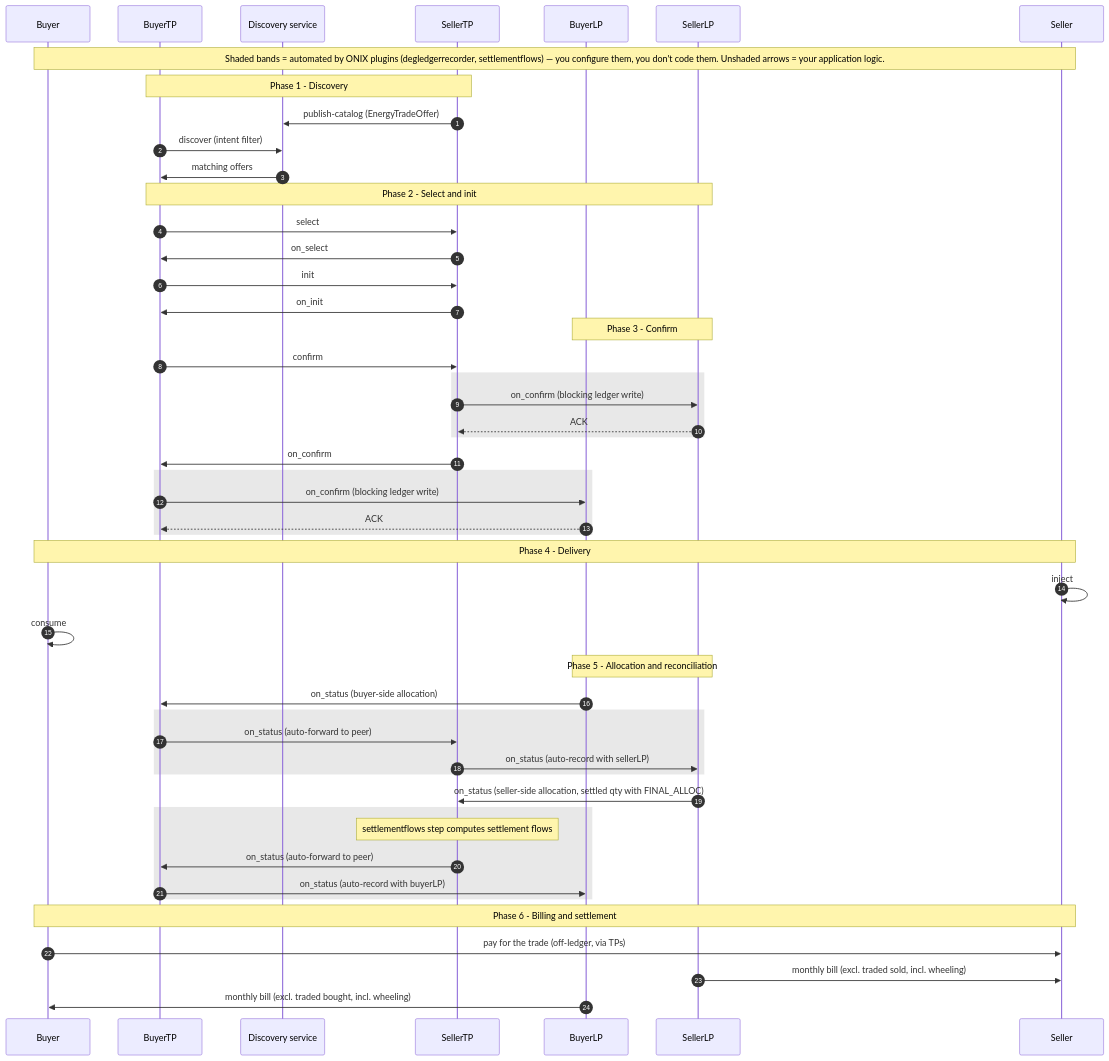
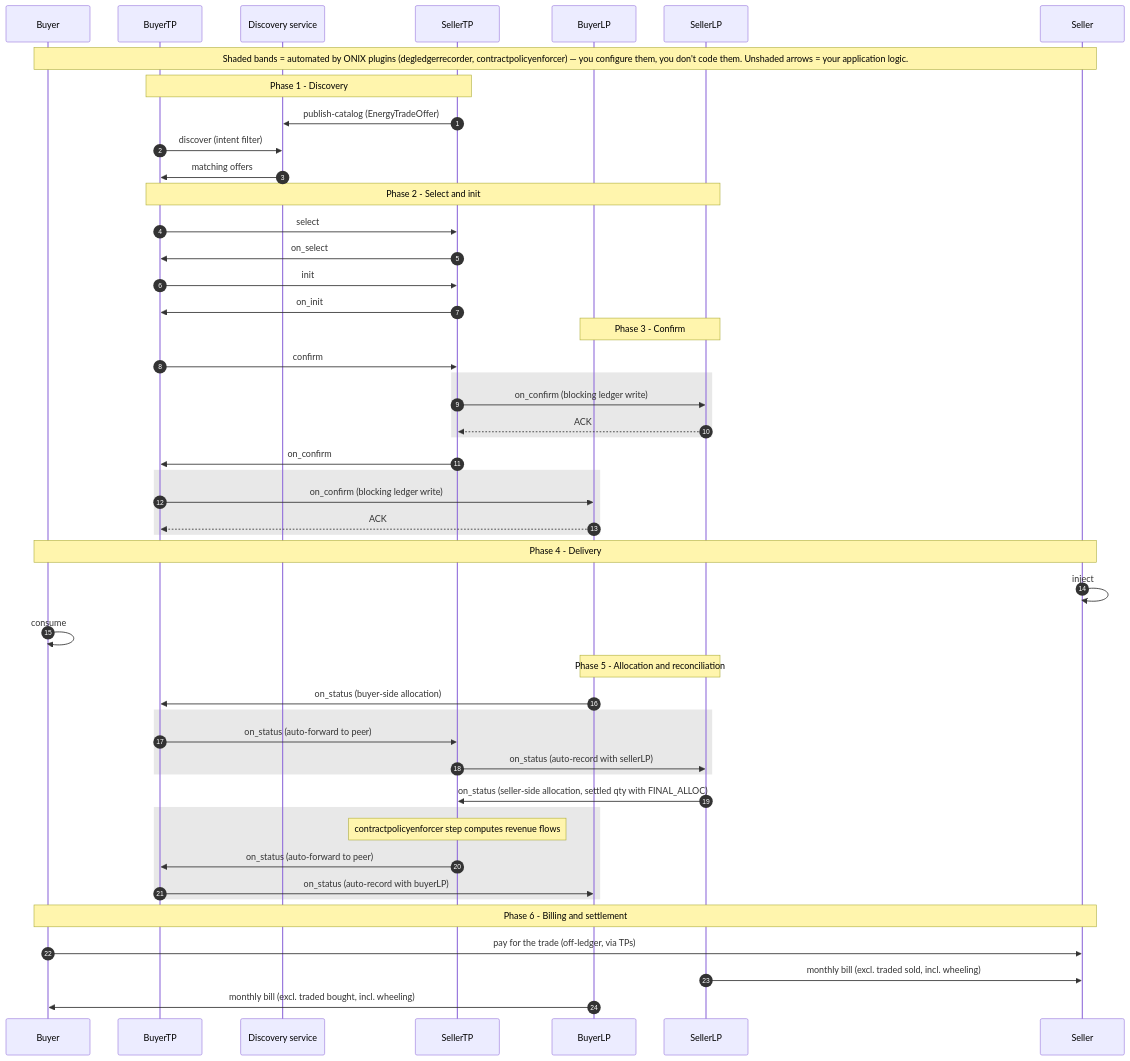
One commit to India-Energy-Stack/ies-accelerator changed the second of 2 diagrams in use-cases/p2p-energy-trading/README.md. Above: the diagram before and after it, drawn with Mermaid. The commit also changed other lines of this file and 4 other files, not shown here.

First line of the commit message:
docs: number schema families as Taxonomy sub-chapters; align P2P guide with DEG contract-policy renames

````diff
--- a/use-cases/p2p-energy-trading/README.md
+++ b/use-cases/p2p-energy-trading/README.md
@@ -136,58 +136,58 @@
 ```mermaid
 sequenceDiagram
   autonumber
   participant B as Buyer
   participant BTP as BuyerTP
   participant DS as Discovery service
   participant STP as SellerTP
   participant BDL as BuyerLP
   participant SDL as SellerLP
   participant S as Seller
 
-  Note over B,S: Shaded bands = automated by ONIX plugins (degledgerrecorder, settlementflows) — you configure them, you don't code them. Unshaded arrows = your application logic.
+  Note over B,S: Shaded bands = automated by ONIX plugins (degledgerrecorder, contractpolicyenforcer) — you configure them, you don't code them. Unshaded arrows = your application logic.
 
   Note over BTP,STP: Phase 1 - Discovery
   STP->>DS: publish-catalog (EnergyTradeOffer)
   BTP->>DS: discover (intent filter)
   DS->>BTP: matching offers
 
   Note over BTP,SDL: Phase 2 - Select and init
   BTP->>STP: select
   STP->>BTP: on_select
   BTP->>STP: init
   STP->>BTP: on_init
 
   Note over BDL,SDL: Phase 3 - Confirm
   BTP->>STP: confirm
   rect rgba(128,128,128,0.18)
     STP->>SDL: on_confirm (blocking ledger write)
     SDL-->>STP: ACK
   end
   STP->>BTP: on_confirm
   rect rgba(128,128,128,0.18)
     BTP->>BDL: on_confirm (blocking ledger write)
     BDL-->>BTP: ACK
   end
 
   Note over B,S: Phase 4 - Delivery
   S->>S: inject
   B->>B: consume
 
   Note over BDL,SDL: Phase 5 - Allocation and reconciliation
   BDL->>BTP: on_status (buyer-side allocation)
   rect rgba(128,128,128,0.18)
     BTP->>STP: on_status (auto-forward to peer)
     STP->>SDL: on_status (auto-record with sellerLP)
   end
   SDL->>STP: on_status (seller-side allocation, settled qty with FINAL_ALLOC)
   rect rgba(128,128,128,0.18)
-    Note over STP: settlementflows step computes settlement flows
+    Note over STP: contractpolicyenforcer step computes revenue flows
     STP->>BTP: on_status (auto-forward to peer)
     BTP->>BDL: on_status (auto-record with buyerLP)
   end
 
   Note over B,S: Phase 6 - Billing and settlement
   B->>S: pay for the trade (off-ledger, via TPs)
   SDL->>S: monthly bill (excl. traded sold, incl. wheeling)
   BDL->>B: monthly bill (excl. traded bought, incl. wheeling)
 ```
````
